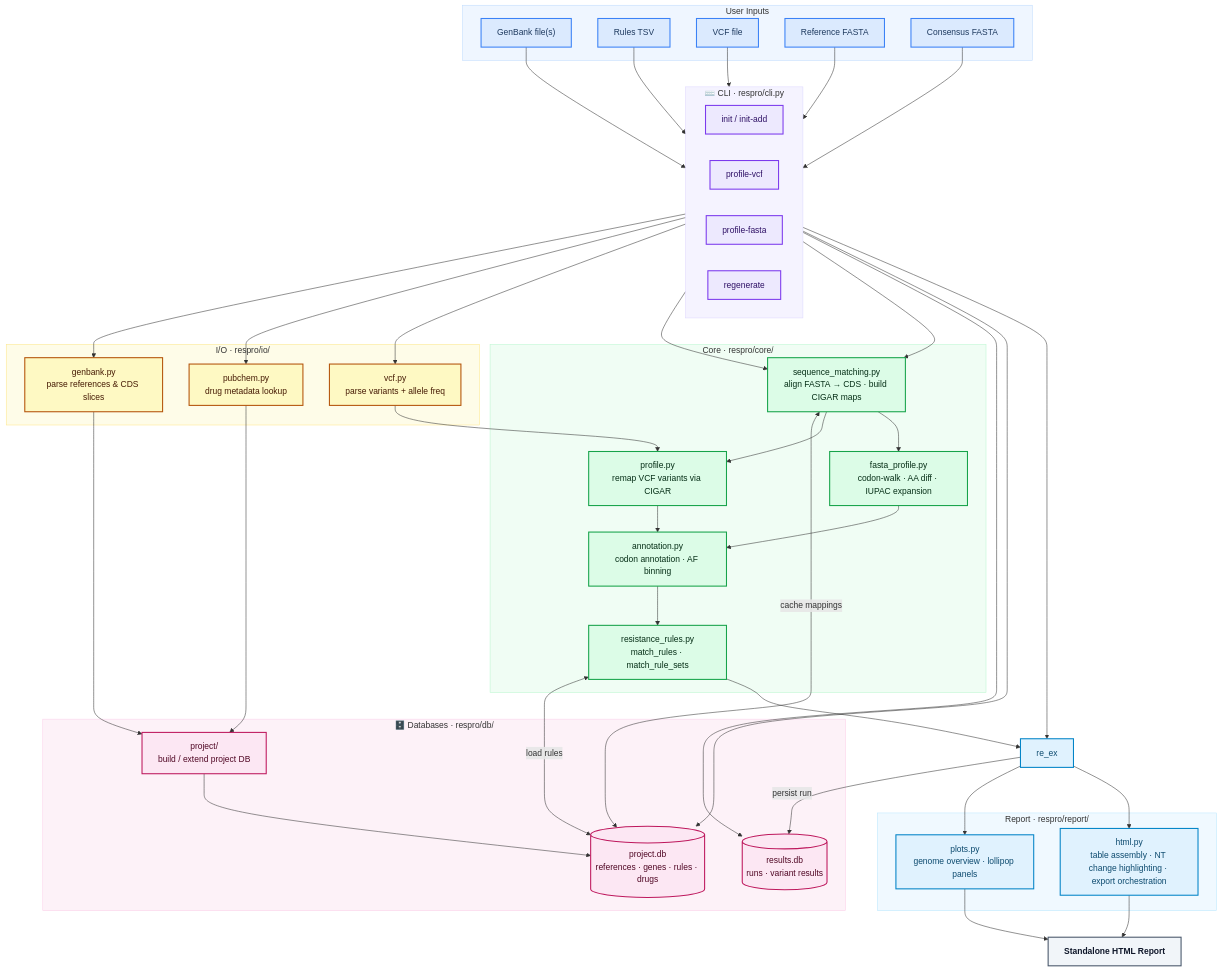
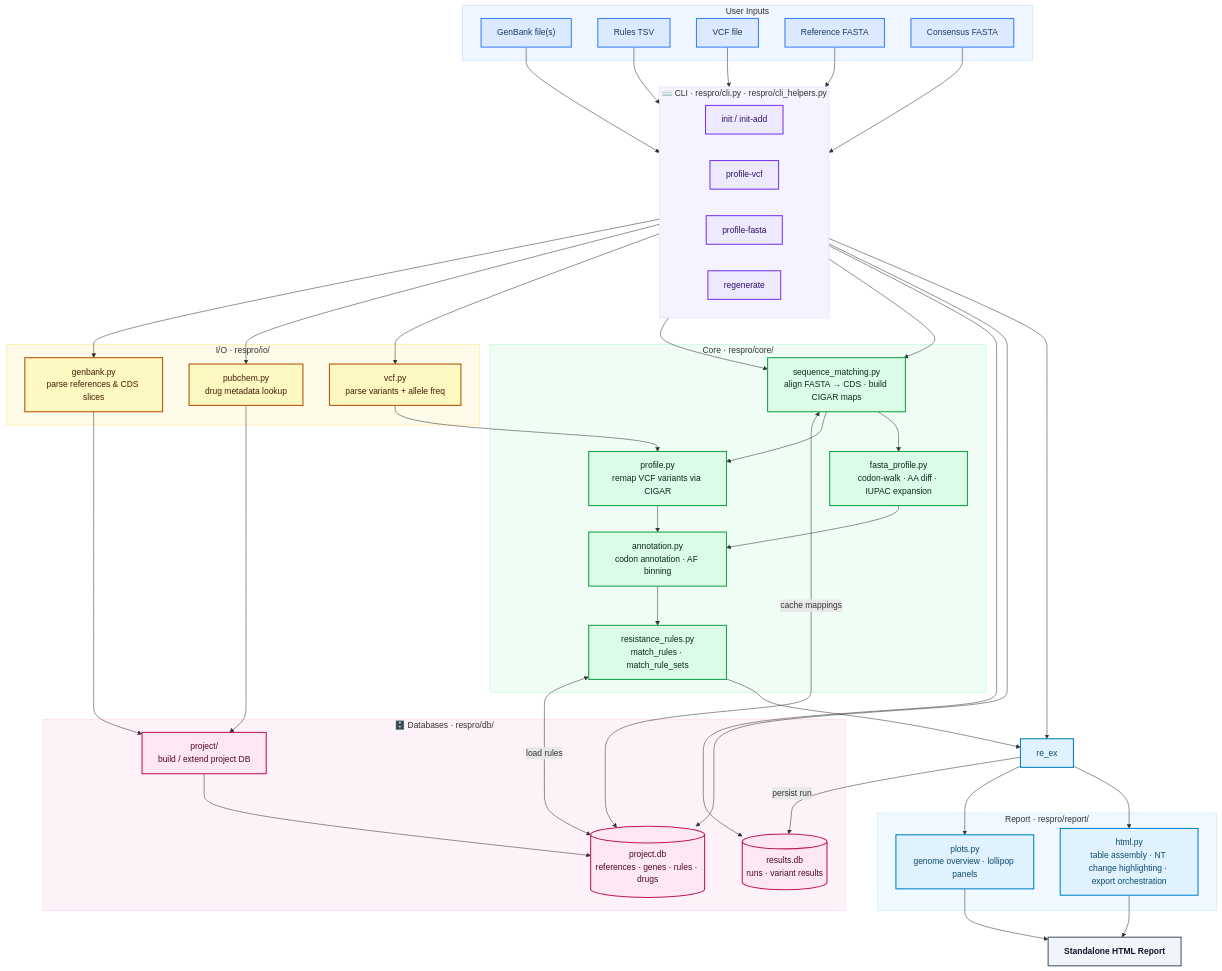
One commit to the-foxlab/ResistanceProfiler changed the diagram in docs/project-structure.md. Above: the diagram before and after it, drawn with Mermaid. The commit also changed other lines of this file and 3 other files, not shown here.

```diff
--- a/docs/project-structure.md
+++ b/docs/project-structure.md
@@ -67,7 +67,7 @@
     end
 
     %% ── CLI layer ────────────────────────────────────────────────────
-    subgraph CLI["⌨️  CLI  ·  respro/cli.py"]
+    subgraph CLI["⌨️  CLI  ·  respro/cli.py · respro/cli_helpers.py"]
         direction LR
         c_init["init / init-add"]
         c_pvcf["profile-vcf"]
```
